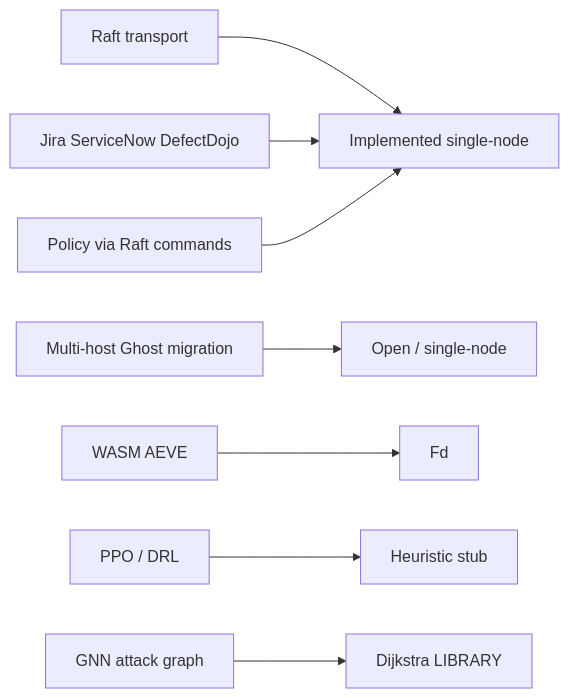
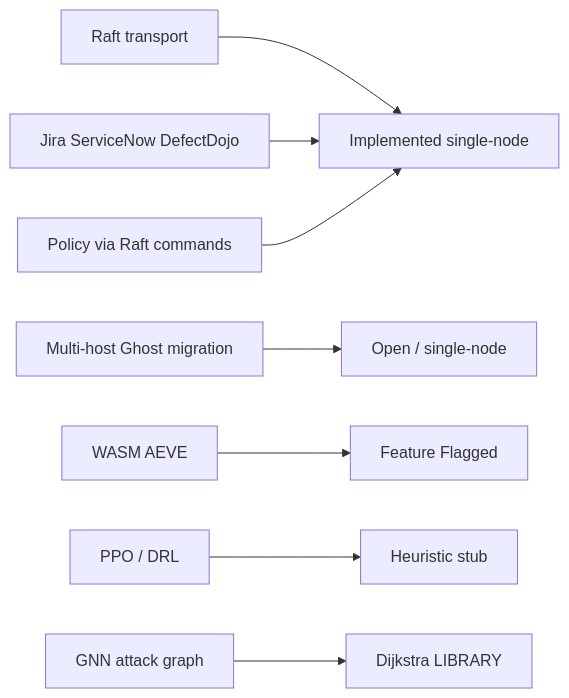
Before and after one commit to AviralGup7/Singularity-Zero: diagram 13 of 15 in docs/flowchart.md, drawn with Mermaid. The commit also changed other lines of this file, not shown here.

Commit message:
docs(flowchart): align atlas with live STAGE_GRAPH, SM transitions, I35 recovery branches, and CI structure

````diff
--- a/docs/flowchart.md
+++ b/docs/flowchart.md
@@ -453,10 +478,10 @@
 ```mermaid
 flowchart LR
     Raft["Raft transport"] --> Impl["Implemented single-node"]
     Tickets["Jira ServiceNow DefectDojo"] --> Impl
     Policy["Policy via Raft commands"] --> Impl
     Ghost["Multi-host Ghost migration"] --> Open["Open / single-node"]
-    WASM["WASM AEVE"] --> Flag["Fd"]
+    WASM["WASM AEVE"] --> Flag["Feature Flagged"]
     PPO["PPO / DRL"] --> Heur["Heuristic stub"]
     GNN["GNN attack graph"] --> Dijk["Dijkstra LIBRARY"]
 ```
````
